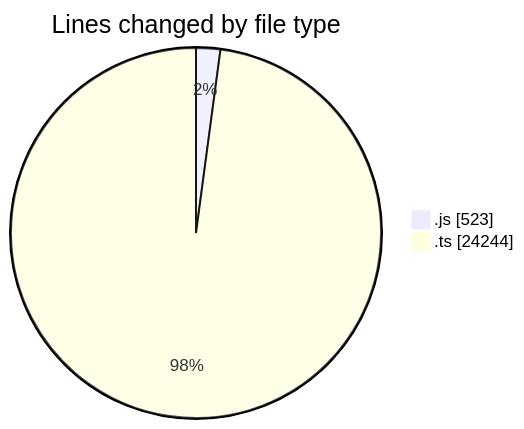
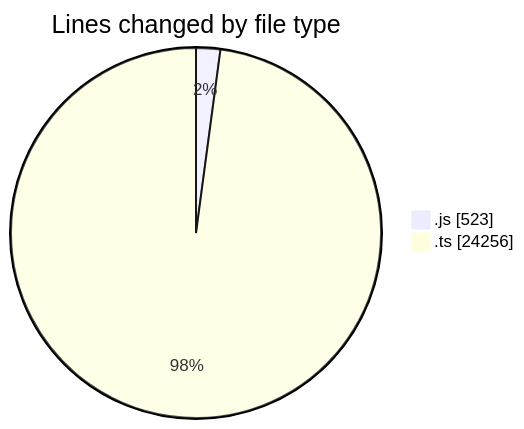
One commit to momahboobian/code-tracking changed the first of 2 diagrams in 2025-08-15/cda/README.md. Above: the diagram before and after it, drawn with Mermaid. The commit also changed other lines of this file and 1 other file, not shown here.

````diff
--- a/2025-08-15/cda/README.md
+++ b/2025-08-15/cda/README.md
@@ -27,6 +27,6 @@
 ```mermaid
 pie showData
 title Lines changed by file type
 ".js" : 523
-".ts" : 24244
+".ts" : 24256
 ```
````
